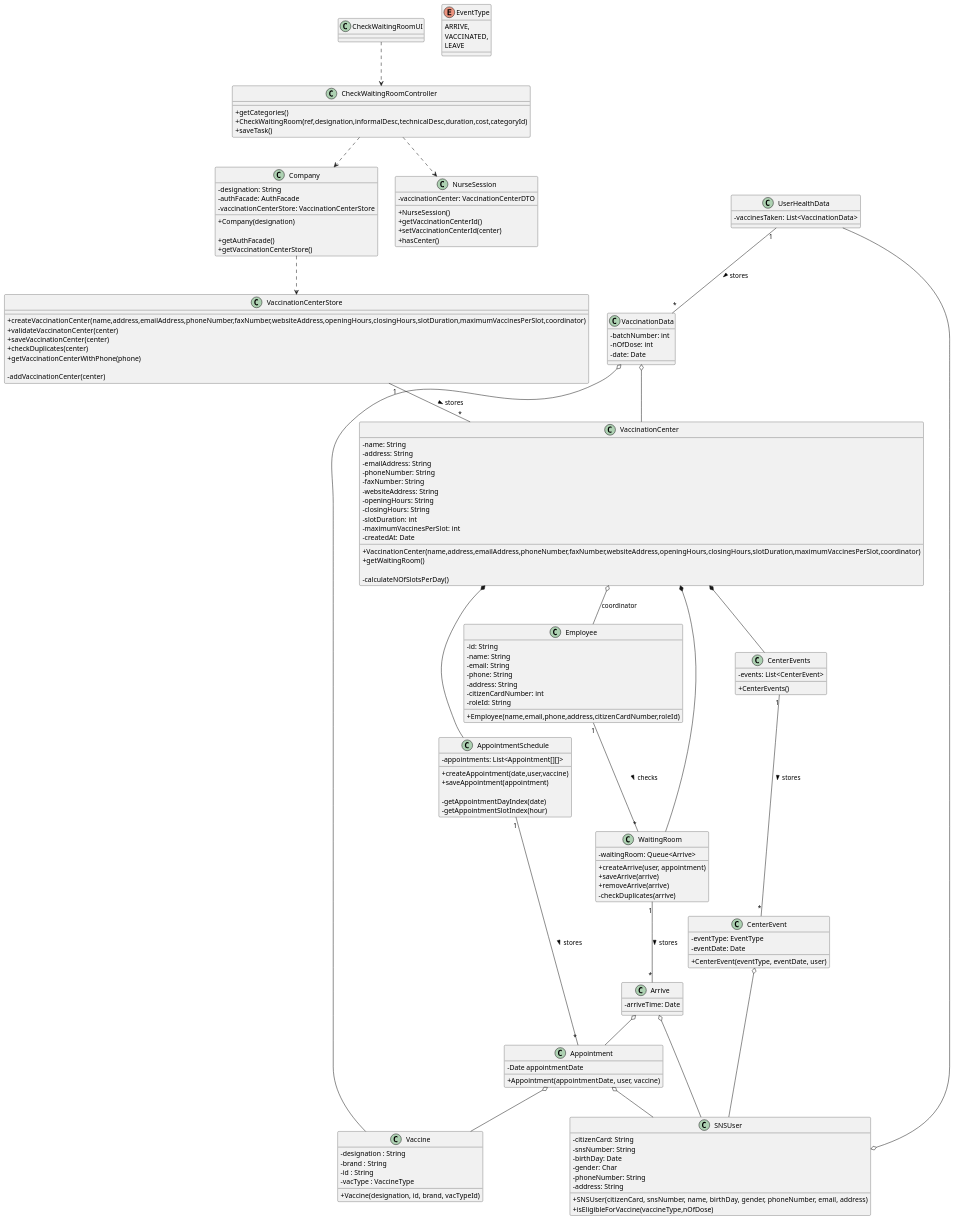
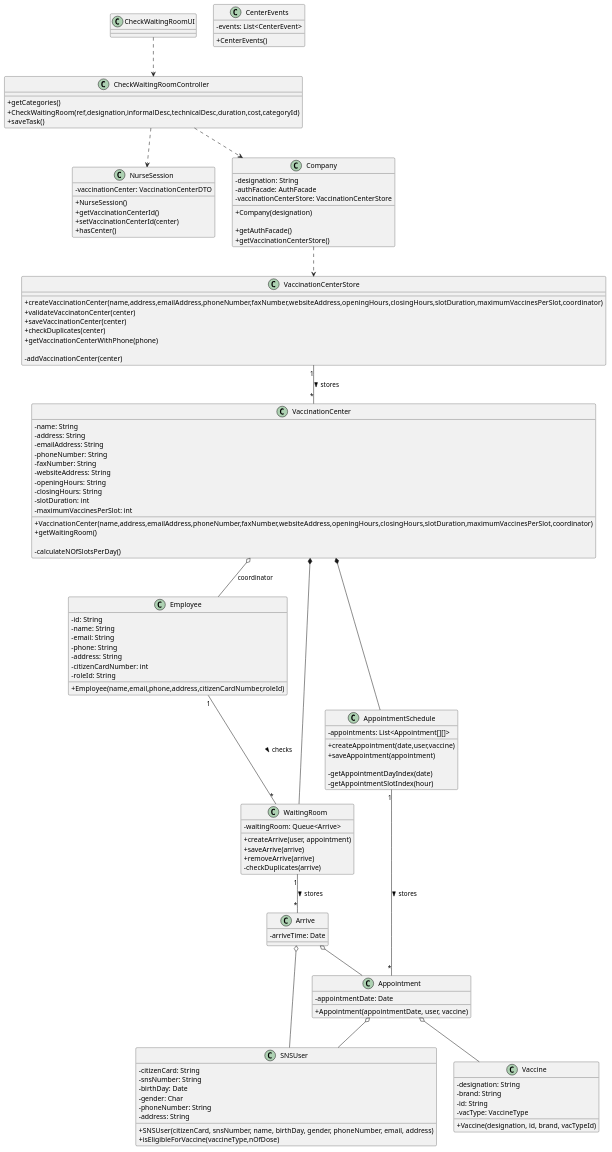
One commit to miseEnPlace-i/lapr2 changed the diagram in docs/SprintC/US05/CD/US05_CD.puml. Above: the diagram before and after it, drawn with PlantUML. The commit also changed 3 other files, not shown here.

```diff
--- a/docs/SprintC/US05/CD/US05_CD.puml
+++ b/docs/SprintC/US05/CD/US05_CD.puml
@@ -1,185 +1,150 @@
 @startuml
 skinparam classAttributeIconSize 0
 
 class Arrive {
   -arriveTime: Date
 }
 
 class NurseSession {
   -vaccinationCenter: VaccinationCenterDTO
 
   + NurseSession()
   + getVaccinationCenterId()
   + setVaccinationCenterId(center)
   + hasCenter()
 }
 
 class Company {
   -designation: String
   -authFacade: AuthFacade
   -vaccinationCenterStore: VaccinationCenterStore
   
   +Company(designation)
 
   +getAuthFacade()
   +getVaccinationCenterStore()
 }
 
 class CheckWaitingRoomController {
   +getCategories()
   +CheckWaitingRoom(ref,designation,informalDesc,technicalDesc,duration,cost,categoryId)
   +saveTask()
 }
 
 class CheckWaitingRoomUI {}
 
 class VaccinationCenter {
   - name: String
   - address: String
   - emailAddress: String
   - phoneNumber: String
   - faxNumber: String
   - websiteAddress: String
   - openingHours: String
   - closingHours: String
   - slotDuration: int
   - maximumVaccinesPerSlot: int
-  -createdAt: Date
   
   +VaccinationCenter(name,address,emailAddress,phoneNumber,faxNumber,websiteAddress,openingHours,closingHours,slotDuration,maximumVaccinesPerSlot,coordinator)
   +getWaitingRoom()
 
   -calculateNOfSlotsPerDay()
 }
 
 class VaccinationCenterStore {
   +createVaccinationCenter(name,address,emailAddress,phoneNumber,faxNumber,websiteAddress,openingHours,closingHours,slotDuration,maximumVaccinesPerSlot,coordinator)
   +validateVaccinatonCenter(center)
   +saveVaccinationCenter(center)
   +checkDuplicates(center)
   +getVaccinationCenterWithPhone(phone)
 
   -addVaccinationCenter(center)
 }
 
 class Employee {
   -id: String 
   -name: String 
   -email: String 
   -phone: String 
   -address: String 
   -citizenCardNumber: int 
   -roleId: String 
 
   +Employee(name,email,phone,address,citizenCardNumber,roleId)
 }
 
 class SNSUser {
   - citizenCard: String
   - snsNumber: String
   - birthDay: Date
   - gender: Char
   - phoneNumber: String
   - address: String
 
   + SNSUser(citizenCard, snsNumber, name, birthDay, gender, phoneNumber, email, address)
   + isEligibleForVaccine(vaccineType,nOfDose)
 }
 
-class UserHealthData {
-  - vaccinesTaken: List<VaccinationData>
-}
-
-class VaccinationData {
-  - batchNumber: int
-  - nOfDose: int
-  - date: Date
-}
-
 class WaitingRoom {
   - waitingRoom: Queue<Arrive>
 
   +createArrive(user, appointment)
   +saveArrive(arrive)
   +removeArrive(arrive)
   -checkDuplicates(arrive)
 }
 
 class CenterEvents {
   - events: List<CenterEvent>
 
   +CenterEvents()
 }
 
-enum EventType {
-  ARRIVE,
-  VACCINATED,
-  LEAVE
-}
-
-class CenterEvent {
-  - eventType: EventType
-  - eventDate: Date
-
-  +CenterEvent(eventType, eventDate, user)
-}
-
 class AppointmentSchedule {
   -appointments: List<Appointment[][]>
   +createAppointment(date,user,vaccine)
   +saveAppointment(appointment)
 
   -getAppointmentDayIndex(date)
   -getAppointmentSlotIndex(hour)
 }
 
 class Appointment {
-  -Date appointmentDate
+  - appointmentDate: Date
 
   +Appointment(appointmentDate, user, vaccine)
 }
 
-class Vaccine{
-  -designation : String
-  -brand : String
-  -id : String
-  -vacType : VaccineType
+class Vaccine {
+  -designation: String
+  -brand: String
+  -id: String
+  -vacType: VaccineType
 
   +Vaccine(designation, id, brand, vacTypeId)
 }
 
 CheckWaitingRoomUI ..> CheckWaitingRoomController
 CheckWaitingRoomController ..> Company
 
-UserHealthData "1" -- "*" VaccinationData : stores >
-
-VaccinationData o-- Vaccine
-VaccinationData o-- VaccinationCenter
-
 Arrive o-- SNSUser
 Arrive o-- Appointment
 Appointment o-- SNSUser
-
-UserHealthData  --o SNSUser
 
 VaccinationCenter o-- Employee : coordinator
 VaccinationCenterStore "1" -- "*" VaccinationCenter : stores >
 
 Company ..> VaccinationCenterStore
 
 WaitingRoom "1" -- "*" Arrive : stores >
 
 Employee "1" -- "*" WaitingRoom : checks >
 VaccinationCenter *-- WaitingRoom
-VaccinationCenter *-- CenterEvents
 
-CenterEvents "1" -- "*" CenterEvent : stores >
-
-CenterEvent o-- SNSUser
 CheckWaitingRoomController ..> NurseSession
 
 AppointmentSchedule "1" -- "*" Appointment : stores >
 VaccinationCenter *-- AppointmentSchedule
 Appointment o-- Vaccine
 
 @enduml
```
